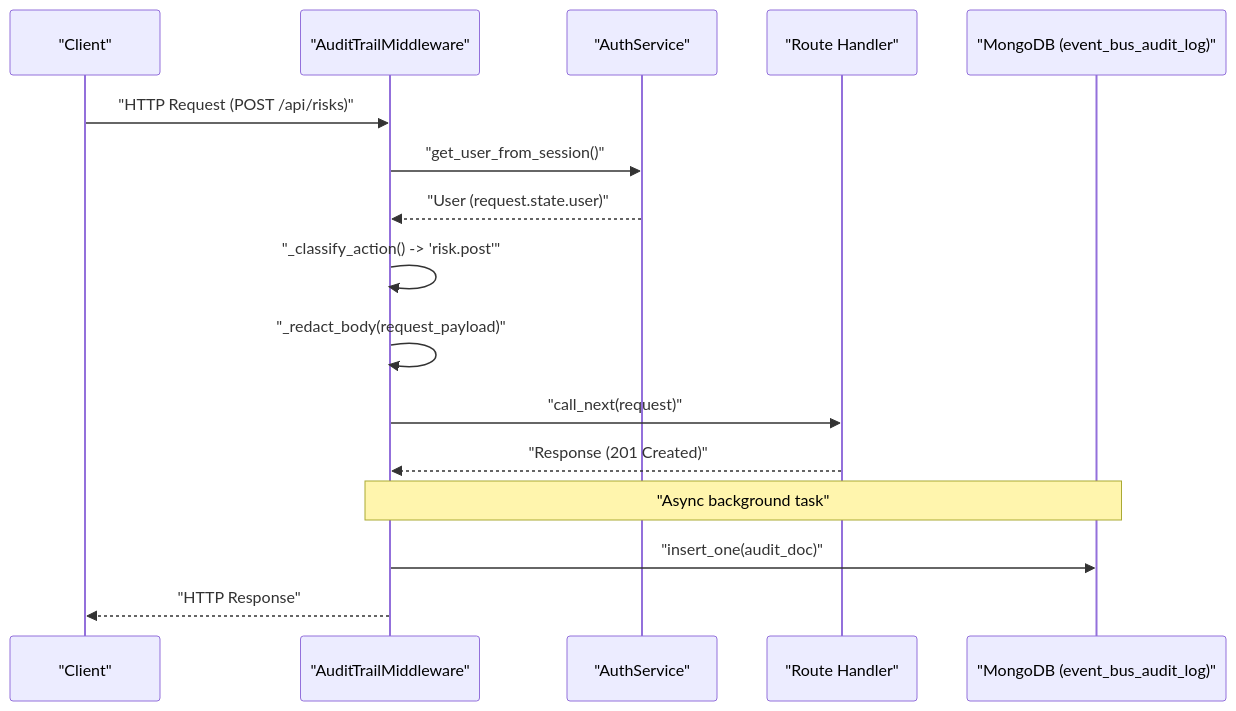
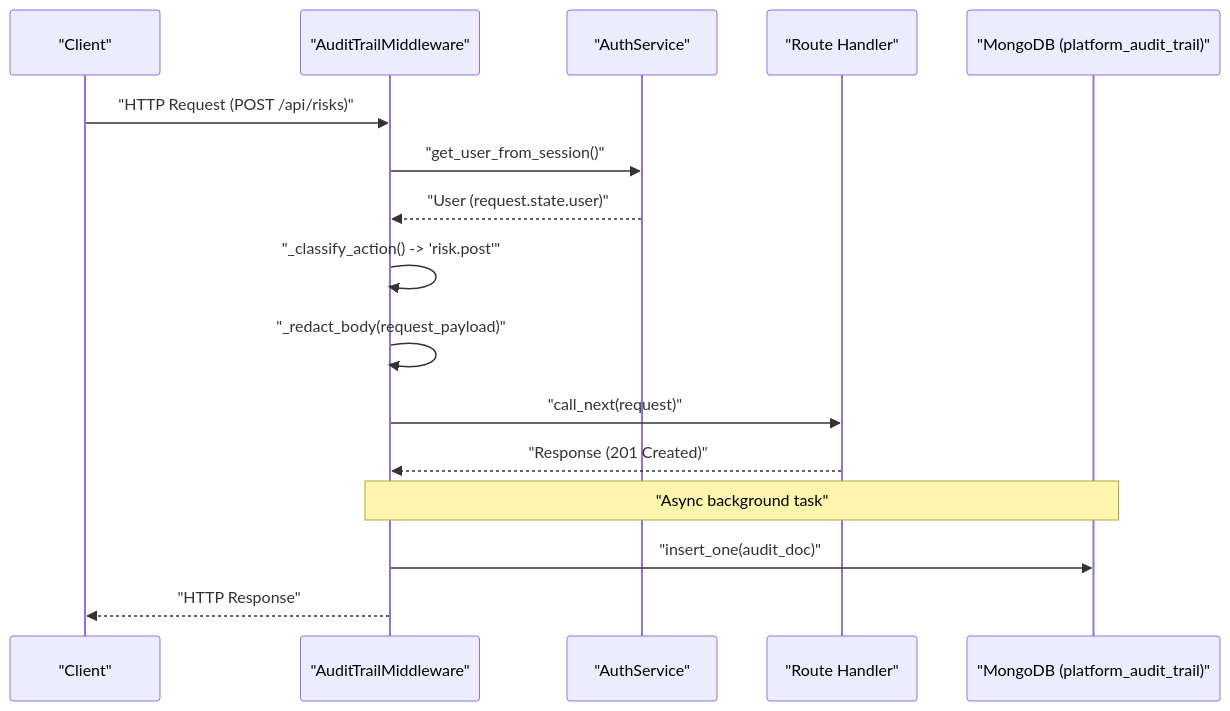
One commit to niteshsaini/offloadsecurity-docs changed the first of 2 diagrams in docs/authentication/audit-trail.md. Above: the diagram before and after it, drawn with Mermaid. The commit also changed other lines of this file and 23 other files, not shown here.

````diff
--- a/docs/authentication/audit-trail.md
+++ b/docs/authentication/audit-trail.md
@@ -21,19 +21,19 @@
 ```mermaid
 sequenceDiagram
     participant C as "Client"
     participant M as "AuditTrailMiddleware"
     participant A as "AuthService"
     participant R as "Route Handler"
-    participant DB as "MongoDB (event_bus_audit_log)"
+    participant DB as "MongoDB (platform_audit_trail)"
 
     C->>M: "HTTP Request (POST /api/risks)"
     M->>A: "get_user_from_session()"
     A-->>M: "User (request.state.user)"
     M->>M: "_classify_action() -> 'risk.post'"
     M->>M: "_redact_body(request_payload)"
     M->>R: "call_next(request)"
     R-->>M: "Response (201 Created)"
     Note over M,DB: "Async background task"
     M->>DB: "insert_one(audit_doc)"
     M-->>C: "HTTP Response"
 ```
````
